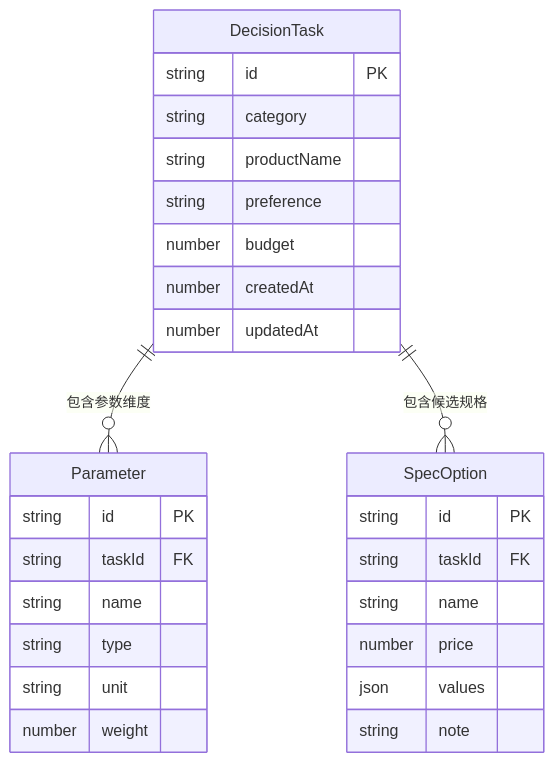
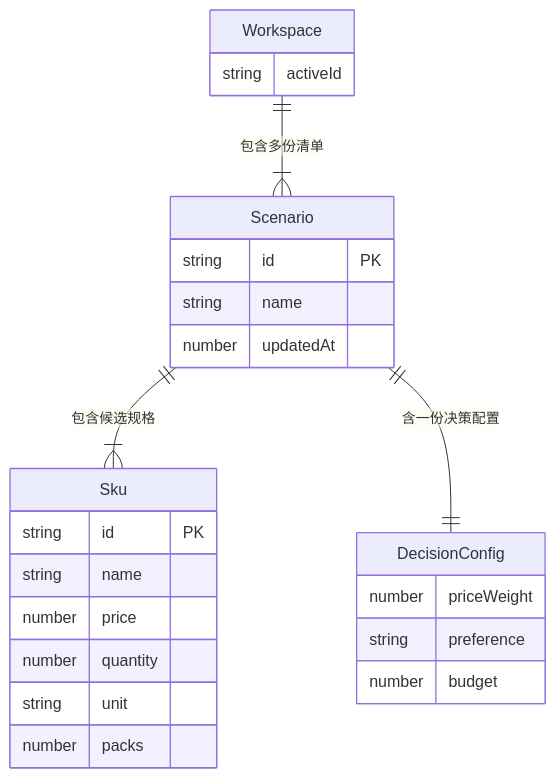
Before and after one commit to chj0124/spec-decision: the third of 3 diagrams in .trae/documents/TechnicalArchitecture.md, drawn with Mermaid. The commit also changed other lines of this file and 39 other files, not shown here.

````diff
--- a/.trae/documents/TechnicalArchitecture.md
+++ b/.trae/documents/TechnicalArchitecture.md
@@ -127,30 +179,27 @@
 ```mermaid
 erDiagram
-    DecisionTask ||--o{ Parameter : "包含参数维度"
-    DecisionTask ||--o{ SpecOption : "包含候选规格"
-    DecisionTask {
+    Workspace ||--|{ Scenario : "包含多份清单"
+    Scenario ||--|{ Sku : "包含候选规格"
+    Scenario ||--|| DecisionConfig : "含一份决策配置"
+    Workspace {
+        string activeId
+    }
+    Scenario {
         string id PK
-        string category
-        string productName
+        string name
+        number updatedAt
+    }
+    Sku {
+        string id PK
+        string name
+        number price
+        number quantity
+        string unit
+        number packs
+    }
+    DecisionConfig {
+        number priceWeight
         string preference
         number budget
-        number createdAt
-        number updatedAt
-    }
-    Parameter {
-        string id PK
-        string taskId FK
-        string name
-        string type
-        string unit
-        number weight
-    }
-    SpecOption {
-        string id PK
-        string taskId FK
-        string name
-        number price
-        json values
-        string note
     }
 ```
````
